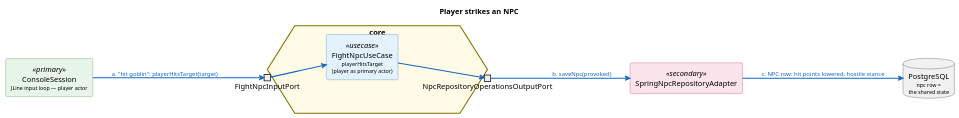
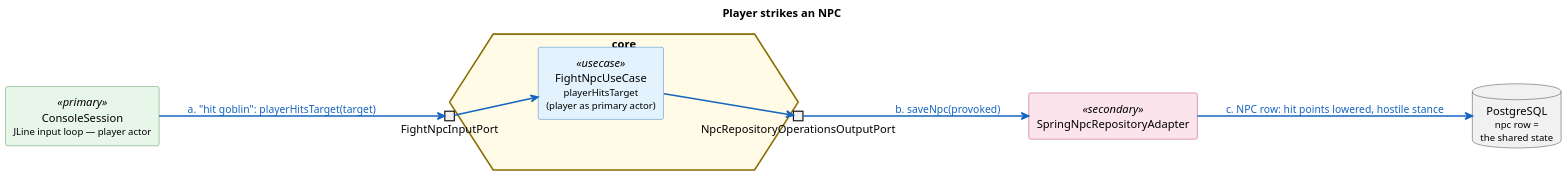
The diagram in docs/diagrams/player-strikes-npc.puml (gushakov/game-clean), drawn with PlantUML before and after one commit. The commit also changed 3 other files, not shown here.

First line of the commit message:
docs(diagrams): render combat diagrams at 1.5x with larger arrow, port and sub-line fonts

```diff
--- a/docs/diagrams/player-strikes-npc.puml
+++ b/docs/diagrams/player-strikes-npc.puml
@@ -1,40 +1,41 @@
 @startuml player-strikes-npc
 title Player strikes an NPC
 
 left to right direction
+scale 1.5
 skinparam componentStyle rectangle
 skinparam linetype polyline
 skinparam defaultTextAlignment center
-skinparam ArrowFontSize 11
-skinparam PortFontSize 10
+skinparam ArrowFontSize 13
+skinparam PortFontSize 13
 skinparam nodesep 25
 skinparam ranksep 70
 skinparam HexagonBorderColor #8A6D00
 skinparam HexagonBorderThickness 2
 skinparam component {
   BackgroundColor<<usecase>> #E3F2FD
   BorderColor<<usecase>> #1565C0
   BackgroundColor<<primary>> #E8F5E9
   BorderColor<<primary>> #2E7D32
   BackgroundColor<<secondary>> #FCE4EC
   BorderColor<<secondary>> #AD1457
 }
 
-component "ConsoleSession\n<size:10>JLine input loop — player actor</size>" as console <<primary>>
+component "ConsoleSession\n<size:12>JLine input loop — player actor</size>" as console <<primary>>
 
 hexagon "core" as hex #FFFBE6 {
   portin "FightNpcInputPort" as fightIn
-  component "FightNpcUseCase\n<size:10>playerHitsTarget</size>\n<size:10>(player as primary actor)</size>" as fight <<usecase>>
+  component "FightNpcUseCase\n<size:12>playerHitsTarget</size>\n<size:12>(player as primary actor)</size>" as fight <<usecase>>
   portout "NpcRepositoryOperationsOutputPort" as npcRepoOut
 }
 
 component "SpringNpcRepositoryAdapter" as npcRepo <<secondary>>
-database "PostgreSQL\n<size:10>npc row =</size>\n<size:10>the shared state</size>" as db
+database "PostgreSQL\n<size:12>npc row =</size>\n<size:12>the shared state</size>" as db
 
 console -[#1565C0,bold]-> fightIn : <color:#1565C0>a. "hit goblin": playerHitsTarget(target)
 fightIn -[#1565C0,bold]-> fight
 fight -[#1565C0,bold]-> npcRepoOut
 npcRepoOut -[#1565C0,bold]-> npcRepo : <color:#1565C0>b. saveNpc(provoked)
 npcRepo -[#1565C0,bold]-> db : <color:#1565C0>c. NPC row: hit points lowered, hostile stance
 
 @enduml
```
